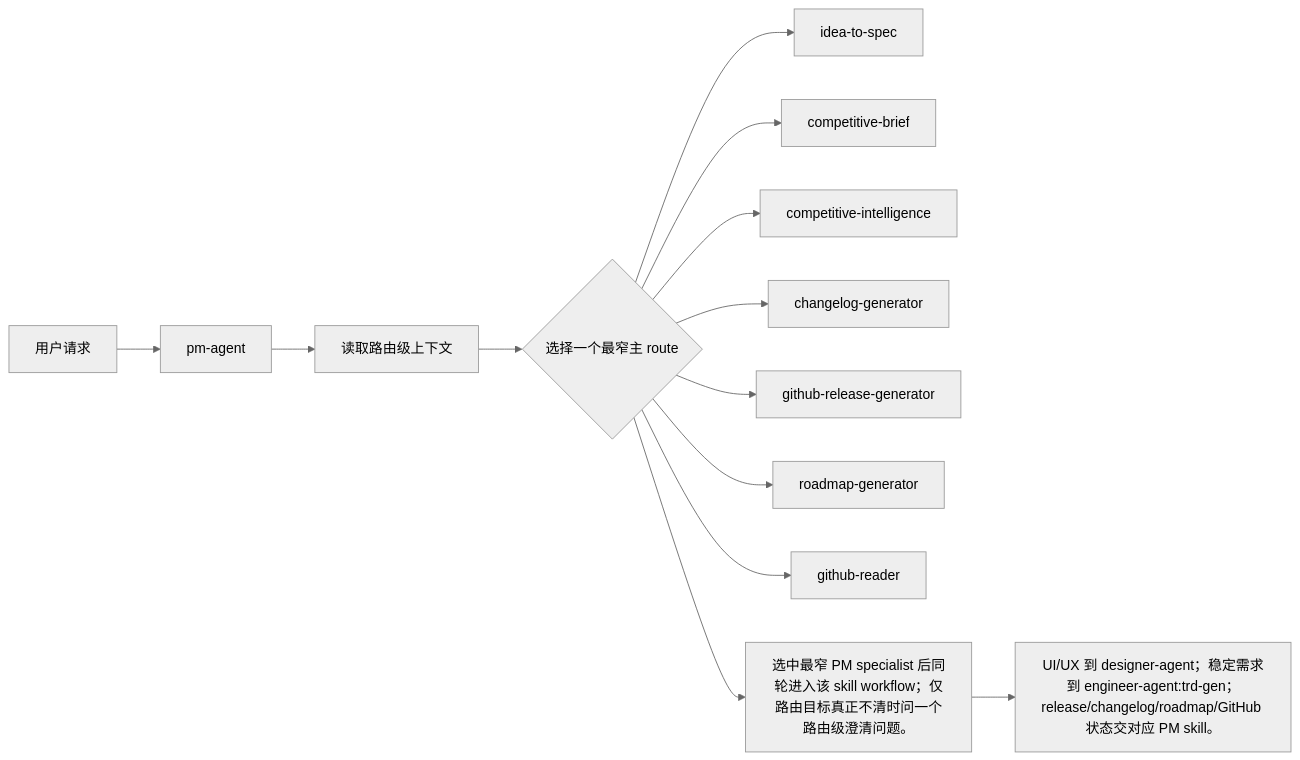
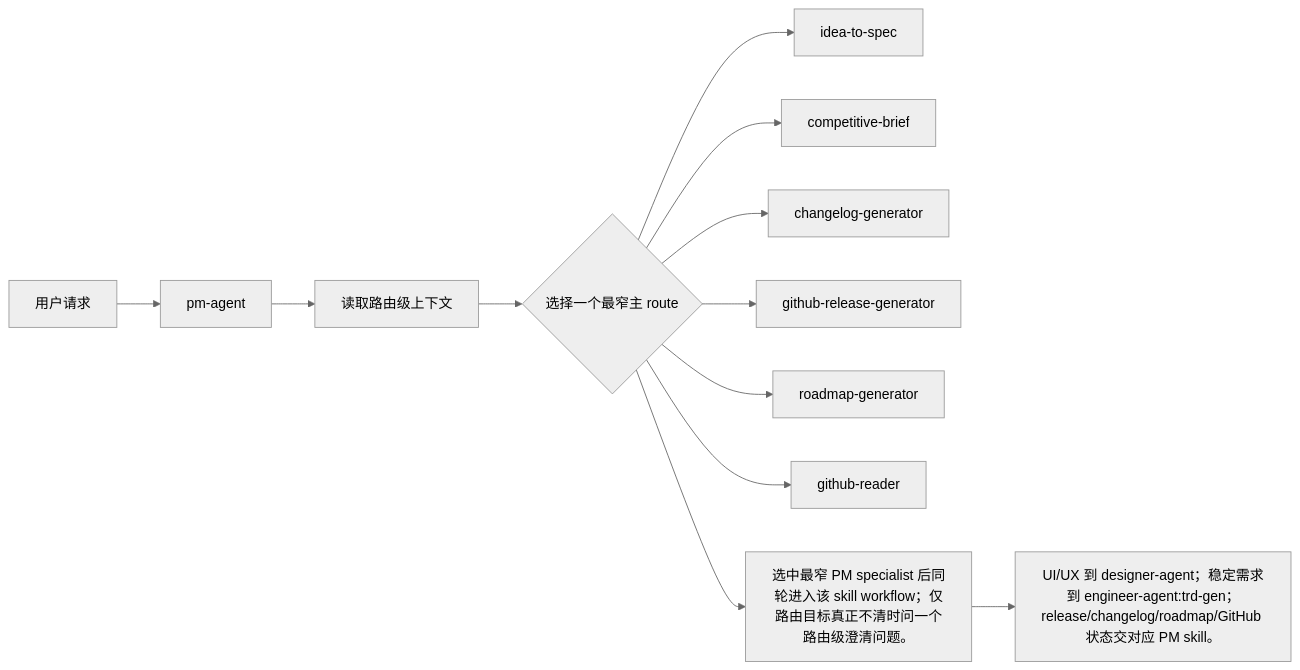
One commit to Neplich/dev-agent-skills changed the diagram in docs/pm/agents/pm-agent/skills/pm-agent/PRD.md. Above: the diagram before and after it, drawn with Mermaid (neutral theme). The commit also changed other lines of this file and 26 other files, not shown here.

First line of the commit message:
fix: 修正 L1 内容缺陷并移除 competitive-intelligence (#196) (#199)

````diff
--- a/docs/pm/agents/pm-agent/skills/pm-agent/PRD.md
+++ b/docs/pm/agents/pm-agent/skills/pm-agent/PRD.md
@@ -109,15 +108,14 @@
 ```mermaid
 flowchart LR
     User["用户请求"] --> Entry["pm-agent"]
     Entry --> Context["读取路由级上下文"]
     Context --> Decision{"选择一个最窄主 route"}
     Decision --> idea_to_spec["idea-to-spec"]
     Decision --> competitive_brief["competitive-brief"]
-    Decision --> competitive_intelligence["competitive-intelligence"]
     Decision --> changelog_generator["changelog-generator"]
     Decision --> github_release_generator["github-release-generator"]
     Decision --> roadmap_generator["roadmap-generator"]
     Decision --> github_reader["github-reader"]
     Decision --> Output["选中最窄 PM specialist 后同轮进入该 skill workflow；仅路由目标真正不清时问一个路由级澄清问题。"]
     Output --> Handoff["UI/UX 到 designer-agent；稳定需求到 engineer-agent:trd-gen；release/changelog/roadmap/GitHub 状态交对应 PM skill。"]
 ```
````
